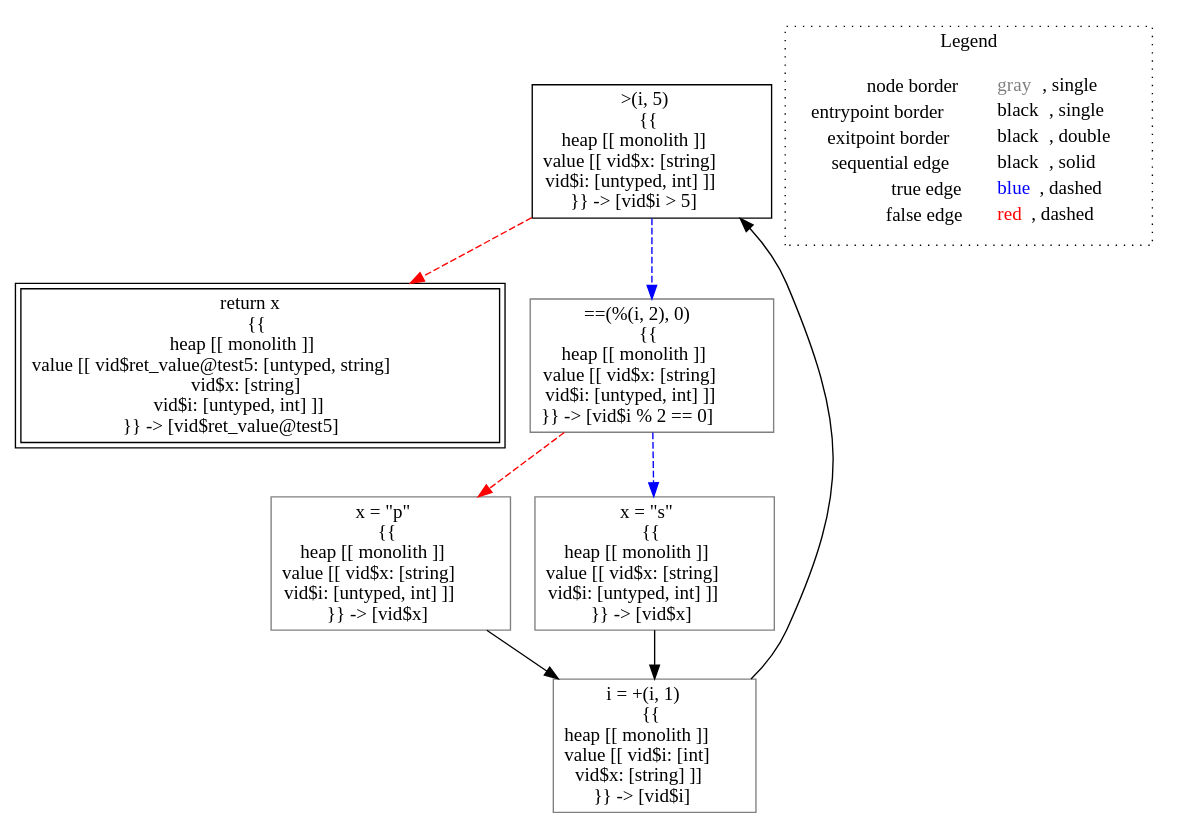
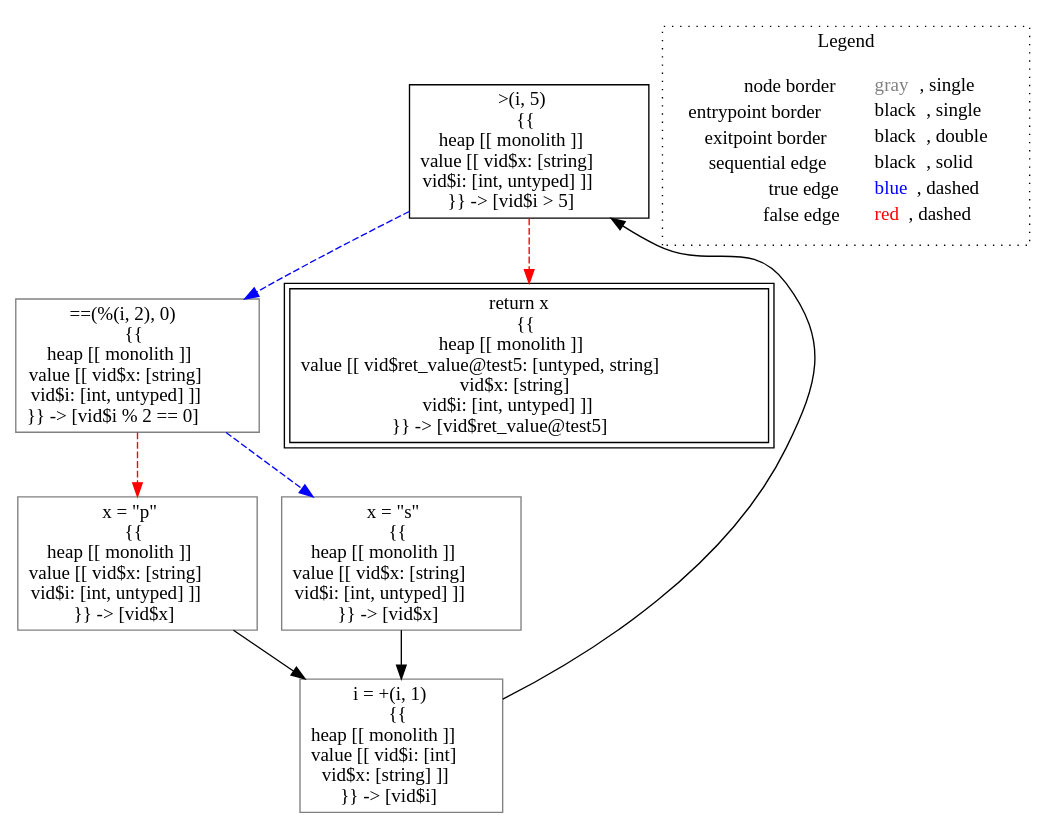
One commit to lisa-analyzer/lisa changed the diagram in lisa/imp-testcases/type-inference/typing___untyped_test5(untyped_i).dot. Above: the diagram before and after it, drawn with Graphviz. The commit also changed 3 other files, not shown here.

```diff
--- a/lisa/imp-testcases/type-inference/typing___untyped_test5(untyped_i).dot
+++ b/lisa/imp-testcases/type-inference/typing___untyped_test5(untyped_i).dot
@@ -1,22 +1,22 @@
 digraph {
-	"node0" [shape="rect",color="black",label=<&gt;(i, 5)<BR/>{{<BR/>heap [[ monolith ]]<BR/>value [[ vid$x: [string]<BR/>vid$i: [untyped, int] ]]<BR/>}} -&gt; [vid$i &gt; 5]>];
-	"node1" [shape="rect",color="gray",label=<x = &quot;p&quot;<BR/>{{<BR/>heap [[ monolith ]]<BR/>value [[ vid$x: [string]<BR/>vid$i: [untyped, int] ]]<BR/>}} -&gt; [vid$x]>];
-	"node2" [shape="rect",color="gray",label=<i = +(i, 1)<BR/>{{<BR/>heap [[ monolith ]]<BR/>value [[ vid$i: [int]<BR/>vid$x: [string] ]]<BR/>}} -&gt; [vid$i]>];
-	"node3" [shape="rect",color="black",peripheries="2",label=<return x<BR/>{{<BR/>heap [[ monolith ]]<BR/>value [[ vid$ret_value@test5: [untyped, string]<BR/>vid$x: [string]<BR/>vid$i: [untyped, int] ]]<BR/>}} -&gt; [vid$ret_value@test5]>];
-	"node4" [shape="rect",color="gray",label=<x = &quot;s&quot;<BR/>{{<BR/>heap [[ monolith ]]<BR/>value [[ vid$x: [string]<BR/>vid$i: [untyped, int] ]]<BR/>}} -&gt; [vid$x]>];
-	"node5" [shape="rect",color="gray",label=<==(%(i, 2), 0)<BR/>{{<BR/>heap [[ monolith ]]<BR/>value [[ vid$x: [string]<BR/>vid$i: [untyped, int] ]]<BR/>}} -&gt; [vid$i % 2 == 0]>];
-	"node1" -> "node2" [color="black"];
-	"node0" -> "node3" [color="red",style="dashed"];
-	"node0" -> "node5" [color="blue",style="dashed"];
-	"node2" -> "node0" [color="black"];
-	"node4" -> "node2" [color="black"];
-	"node5" -> "node1" [color="red",style="dashed"];
-	"node5" -> "node4" [color="blue",style="dashed"];
+	"node0" [shape="rect",color="black",label=<&gt;(i, 5)<BR/>{{<BR/>heap [[ monolith ]]<BR/>value [[ vid$x: [string]<BR/>vid$i: [int, untyped] ]]<BR/>}} -&gt; [vid$i &gt; 5]>];
+	"node1" [shape="rect",color="gray",label=<x = &quot;p&quot;<BR/>{{<BR/>heap [[ monolith ]]<BR/>value [[ vid$x: [string]<BR/>vid$i: [int, untyped] ]]<BR/>}} -&gt; [vid$x]>];
+	"node2" [shape="rect",color="gray",label=<x = &quot;s&quot;<BR/>{{<BR/>heap [[ monolith ]]<BR/>value [[ vid$x: [string]<BR/>vid$i: [int, untyped] ]]<BR/>}} -&gt; [vid$x]>];
+	"node3" [shape="rect",color="gray",label=<==(%(i, 2), 0)<BR/>{{<BR/>heap [[ monolith ]]<BR/>value [[ vid$x: [string]<BR/>vid$i: [int, untyped] ]]<BR/>}} -&gt; [vid$i % 2 == 0]>];
+	"node4" [shape="rect",color="black",peripheries="2",label=<return x<BR/>{{<BR/>heap [[ monolith ]]<BR/>value [[ vid$ret_value@test5: [untyped, string]<BR/>vid$x: [string]<BR/>vid$i: [int, untyped] ]]<BR/>}} -&gt; [vid$ret_value@test5]>];
+	"node5" [shape="rect",color="gray",label=<i = +(i, 1)<BR/>{{<BR/>heap [[ monolith ]]<BR/>value [[ vid$i: [int]<BR/>vid$x: [string] ]]<BR/>}} -&gt; [vid$i]>];
+	"node1" -> "node5" [color="black"];
+	"node2" -> "node5" [color="black"];
+	"node3" -> "node1" [color="red",style="dashed"];
+	"node3" -> "node2" [color="blue",style="dashed"];
+	"node5" -> "node0" [color="black"];
+	"node0" -> "node3" [color="blue",style="dashed"];
+	"node0" -> "node4" [color="red",style="dashed"];
 subgraph cluster_legend {
 	label="Legend";
 	style=dotted;
 	node [shape=plaintext];
 	"legend" [label=<<table border="0" cellpadding="2" cellspacing="0" cellborder="0"><tr><td align="right">node border&nbsp;</td><td align="left"><font color="gray">gray</font>, single</td></tr><tr><td align="right">entrypoint border&nbsp;</td><td align="left"><font color="black">black</font>, single</td></tr><tr><td align="right">exitpoint border&nbsp;</td><td align="left"><font color="black">black</font>, double</td></tr><tr><td align="right">sequential edge&nbsp;</td><td align="left"><font color="black">black</font>, solid</td></tr><tr><td align="right">true edge&nbsp;</td><td align="left"><font color="blue">blue</font>, dashed</td></tr><tr><td align="right">false edge&nbsp;</td><td align="left"><font color="red">red</font>, dashed</td></tr></table>>];
 }
 
 }
```
